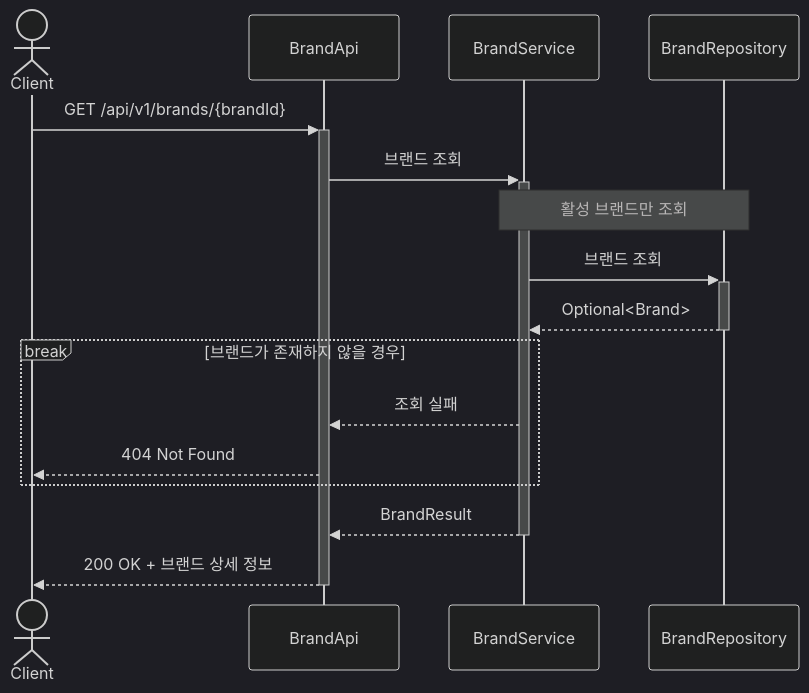
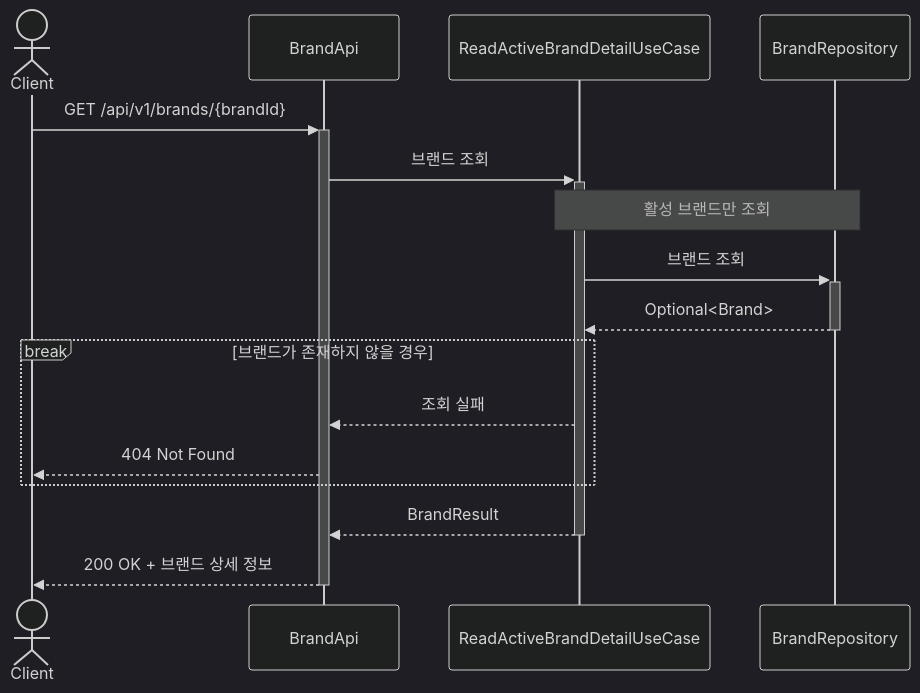
Before and after one commit to Loopers-dev-lab/loop-pack-be-l2-vol3-java: the eighth of 23 diagrams in .docs/design/02-sequence-diagrams.md, drawn with Mermaid (dark theme). The commit also changed other lines of this file and 88 other files, not shown here.

````diff
--- a/.docs/design/02-sequence-diagrams.md
+++ b/.docs/design/02-sequence-diagrams.md
@@ -276,22 +300,22 @@
 ```mermaid
 sequenceDiagram
     actor Client
     participant BrandApi
-    participant BrandService
+    participant ReadActiveBrandDetailUseCase
     participant BrandRepository
 
     Client ->>+ BrandApi: GET /api/v1/brands/{brandId}
-    BrandApi ->>+ BrandService: 브랜드 조회
+    BrandApi ->>+ ReadActiveBrandDetailUseCase: 브랜드 조회
 
-    Note over BrandService, BrandRepository: 활성 브랜드만 조회
-    BrandService ->>+ BrandRepository: 브랜드 조회
-    BrandRepository -->>- BrandService: Optional<Brand>
+    Note over ReadActiveBrandDetailUseCase, BrandRepository: 활성 브랜드만 조회
+    ReadActiveBrandDetailUseCase ->>+ BrandRepository: 브랜드 조회
+    BrandRepository -->>- ReadActiveBrandDetailUseCase: Optional<Brand>
 
     break 브랜드가 존재하지 않을 경우
-        BrandService -->> BrandApi: 조회 실패
+        ReadActiveBrandDetailUseCase -->> BrandApi: 조회 실패
         BrandApi -->> Client: 404 Not Found
     end
 
-    BrandService -->>- BrandApi: BrandResult
+    ReadActiveBrandDetailUseCase -->>- BrandApi: BrandResult
     BrandApi -->>- Client: 200 OK + 브랜드 상세 정보
 ```
````
